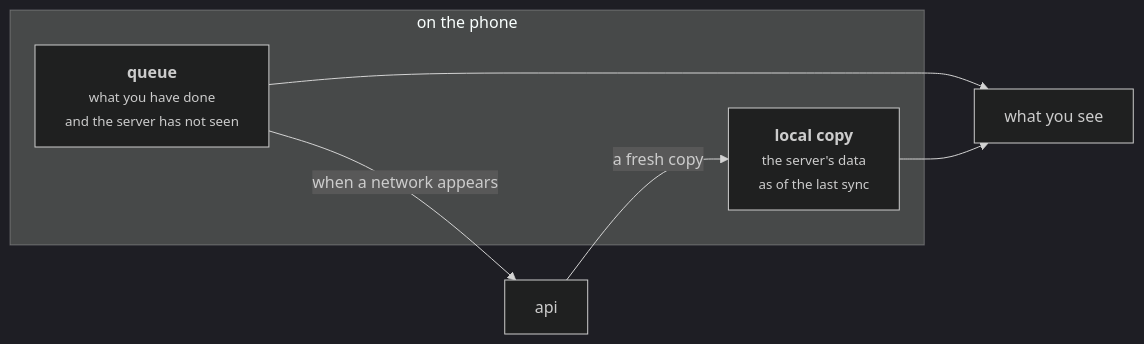
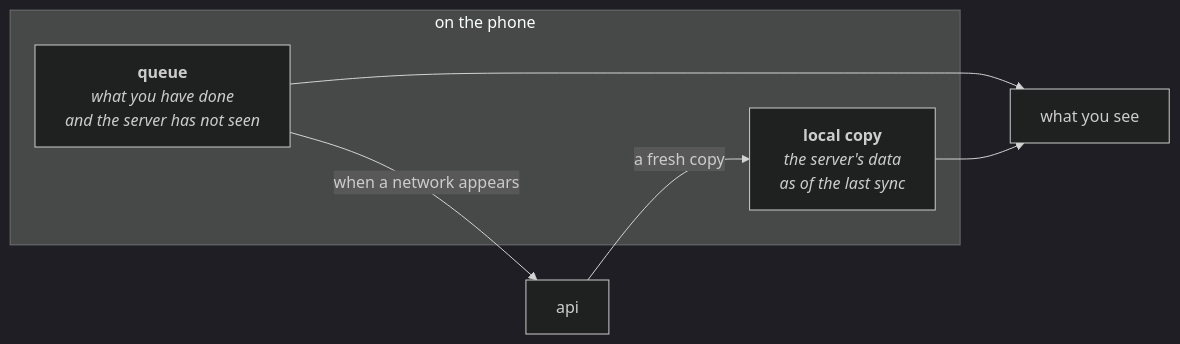
One commit to VoltLightning/waltning changed the first of 4 diagrams in docs/wiki/Offline-and-Sync.md. Above: the diagram before and after it, drawn with Mermaid (dark theme). The commit also changed 15 other files, not shown here.

````diff
--- a/docs/wiki/Offline-and-Sync.md
+++ b/docs/wiki/Offline-and-Sync.md
@@ -18,13 +18,13 @@
 ```mermaid
 graph LR
     subgraph phone["on the phone"]
-        Q["<b>queue</b><br/><small>what you have done<br/>and the server has not seen</small>"]
-        REP["<b>local copy</b><br/><small>the server's data<br/>as of the last sync</small>"]
+        Q["<b>queue</b><br/><i>what you have done<br/>and the server has not seen</i>"]
+        REP["<b>local copy</b><br/><i>the server's data<br/>as of the last sync</i>"]
     end
 
     Q --> CALC["what you see"]
     REP --> CALC
 
     Q -->|"when a network appears"| API["api"]
     API -->|"a fresh copy"| REP
 ```
````
